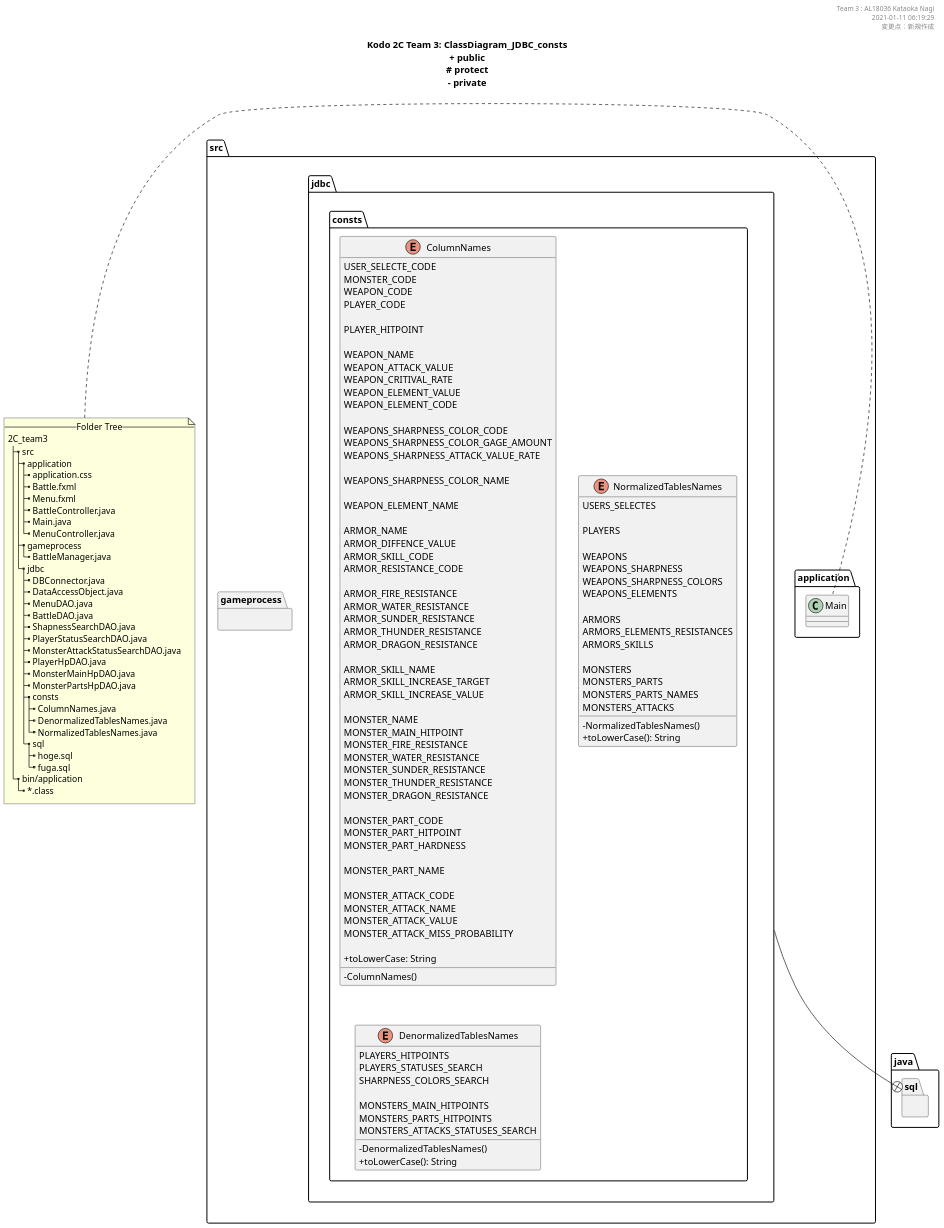
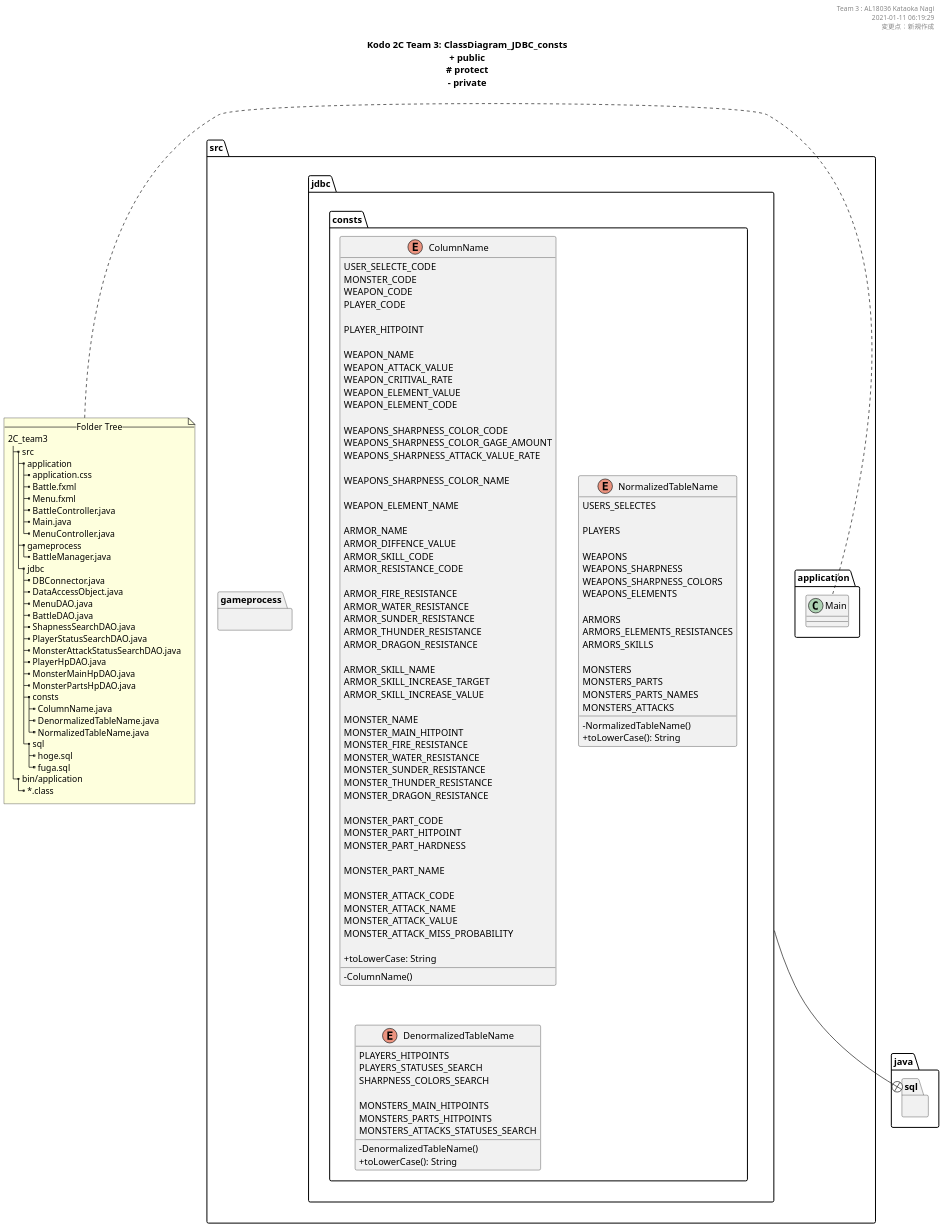
One commit to KataokaNagi/2C_team3 changed the diagram in uml/ClassDiagram_JDBC_consts.pu. Above: the diagram before and after it, drawn with PlantUML. The commit also changed 9 other files, not shown here.

```diff
--- a/uml/ClassDiagram_JDBC_consts.pu
+++ b/uml/ClassDiagram_JDBC_consts.pu
@@ -74,9 +74,9 @@
       |_ MonsterMainHpDAO.java
       |_ MonsterPartsHpDAO.java
       |_ consts
-        |_ ColumnNames.java
-        |_ DenormalizedTablesNames.java
-        |_ NormalizedTablesNames.java
+        |_ ColumnName.java
+        |_ DenormalizedTableName.java
+        |_ NormalizedTableName.java
       |_ sql
         |_ hoge.sql
         |_ fuga.sql
@@ -136,7 +136,7 @@
 
 package src.jdbc {
   package src.jdbc.consts {
-  enum ColumnNames {
+  enum ColumnName {
 
   ' /////////////////////////
   ' // ユーザー選択
@@ -221,13 +221,13 @@
   MONSTER_ATTACK_VALUE
   MONSTER_ATTACK_MISS_PROBABILITY
 
-  - ColumnNames()
+  - ColumnName()
   + toLowerCase: String
   }
 
 ''''''''''''''''''''''''''''''''''''''''''''''''''''''''''''  
 
-enum NormalizedTablesNames {
+enum NormalizedTableName {
 
   ' // ユーザー選択
   USERS_SELECTES
@@ -252,13 +252,13 @@
   MONSTERS_PARTS_NAMES
   MONSTERS_ATTACKS
 
-  - NormalizedTablesNames()
+  - NormalizedTableName()
   + toLowerCase(): String
   }
 
 ''''''''''''''''''''''''''''''''''''''''''''''''''''''''''''  
 
-enum DenormalizedTablesNames {
+enum DenormalizedTableName {
 
   ' // ユーザー選択関係
   ' // なし
@@ -273,7 +273,7 @@
   MONSTERS_PARTS_HITPOINTS
   MONSTERS_ATTACKS_STATUSES_SEARCH
 
-  - DenormalizedTablesNames()
+  - DenormalizedTableName()
   + toLowerCase(): String
 }
 
```
